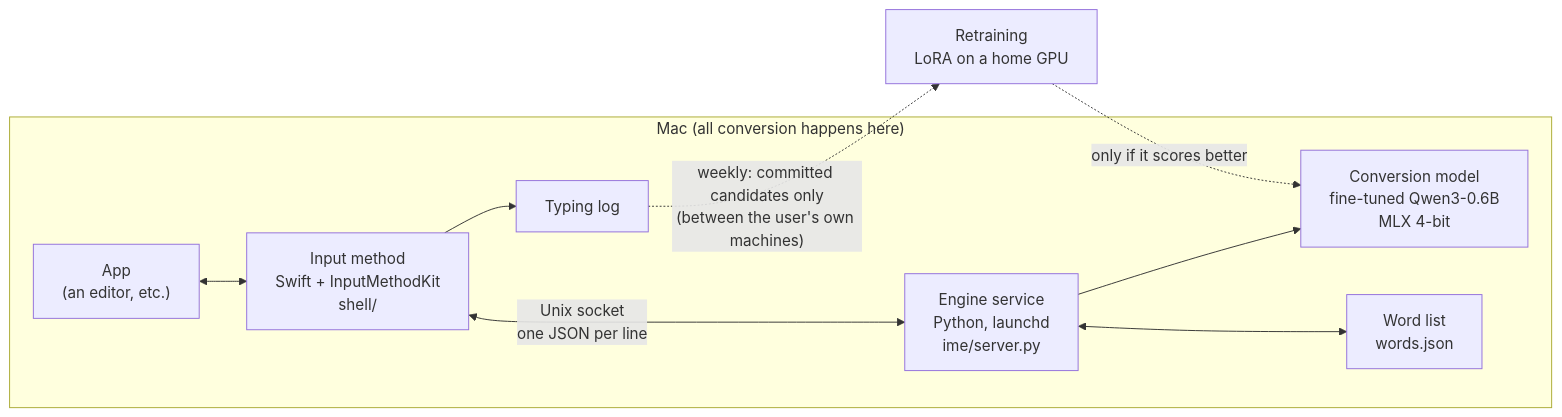
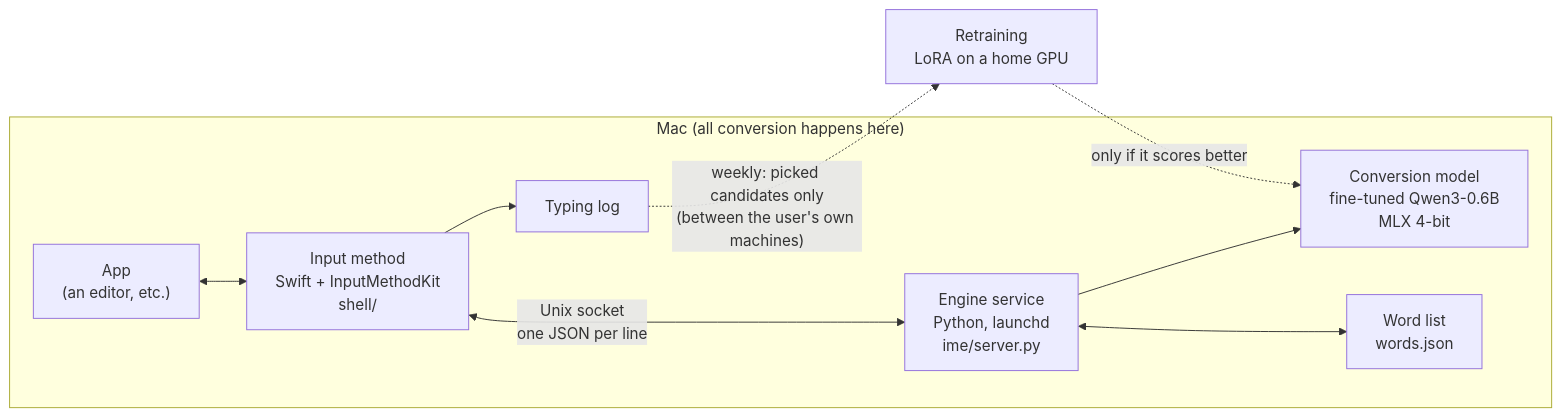
Before and after one commit to yizilian-iren/llm-ime: the diagram in README.md, drawn with Mermaid. The commit also changed other lines of this file, not shown here.

````diff
--- a/README.md
+++ b/README.md
@@ -23,18 +23,18 @@
 ```mermaid
 flowchart LR
   subgraph Mac["Mac (all conversion happens here)"]
     App["App<br/>(an editor, etc.)"]
     Shell["Input method<br/>Swift + InputMethodKit<br/>shell/"]
     Engine["Engine service<br/>Python, launchd<br/>ime/server.py"]
     Model["Conversion model<br/>fine-tuned Qwen3-0.6B<br/>MLX 4-bit"]
     Words["Word list<br/>words.json"]
     Log["Typing log"]
     App <--> Shell
     Shell <-->|"Unix socket<br/>one JSON per line"| Engine
     Engine --> Model
     Engine <--> Words
     Shell --> Log
   end
-  Log -.->|"weekly: committed candidates only<br/>(between the user's own machines)"| Retrain["Retraining<br/>LoRA on a home GPU"]
+  Log -.->|"weekly: picked candidates only<br/>(between the user's own machines)"| Retrain["Retraining<br/>LoRA on a home GPU"]
   Retrain -.->|"only if it scores better"| Model
 ```
````
